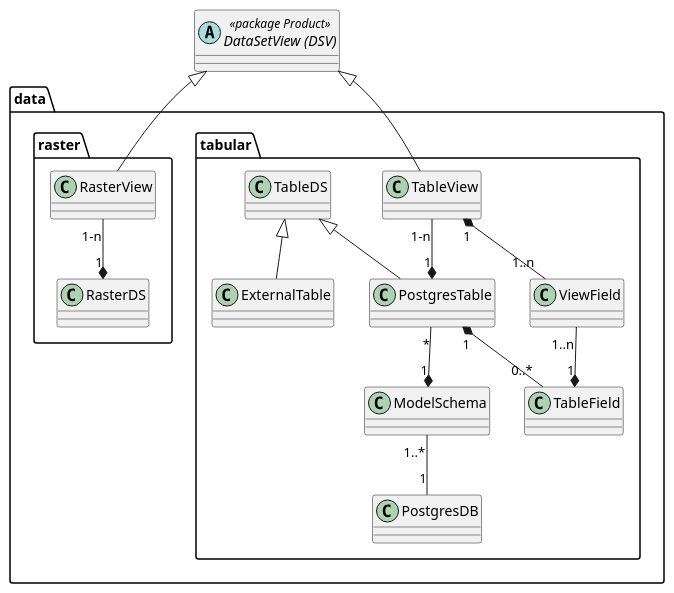
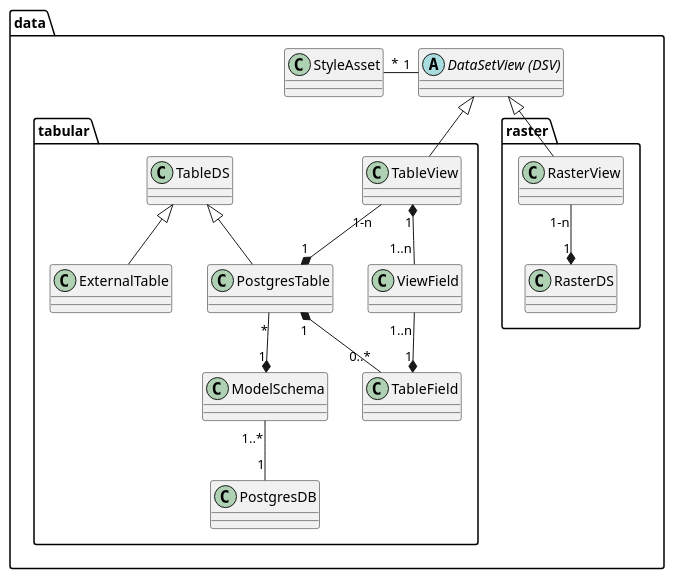
One commit to sogis/simi changed the diagram in code/doc/puml/src/data.puml. Above: the diagram before and after it, drawn with PlantUML. The commit also changed 26 other files, not shown here.

```diff
--- a/code/doc/puml/src/data.puml
+++ b/code/doc/puml/src/data.puml
@@ -1,40 +1,43 @@
 @startuml
-abstract class "DataSetView (DSV)" as dsv << package Product >>
+package data {
 
-package data {
+	abstract class "DataSetView (DSV)" as dsv
+    class "StyleAsset" as sta
 
     package tabular {
         class "TableView" as tv
         class "TableDS" as tds
         class "PostgresTable" as pt
         class "ExternalTable" as et
         class "PostgresDB" as pdb
         class "TableField" as tf
         class "ViewField" as vf
         class "ModelSchema" as ms
 
         tds <|-- pt
         tds <|-- et
 
         tv "1-n" --* "1" pt
 
         pt "*" --* "1" ms
         pt "1" *-- "0..*" tf
 
         tv "1" *-- "1..n" vf
         vf "1..n" --* "1" tf
 
         ms "1..*" -- "1" pdb
     }
 
     package "raster"{
         class "RasterView" as rv
         class "RasterDS" as rds
 
         rv "1-n" --* "1" rds
     }
 
     dsv <|-- tv
     dsv <|-- rv
+
+    dsv "1" -left- "*" sta
 }
 @enduml
```
